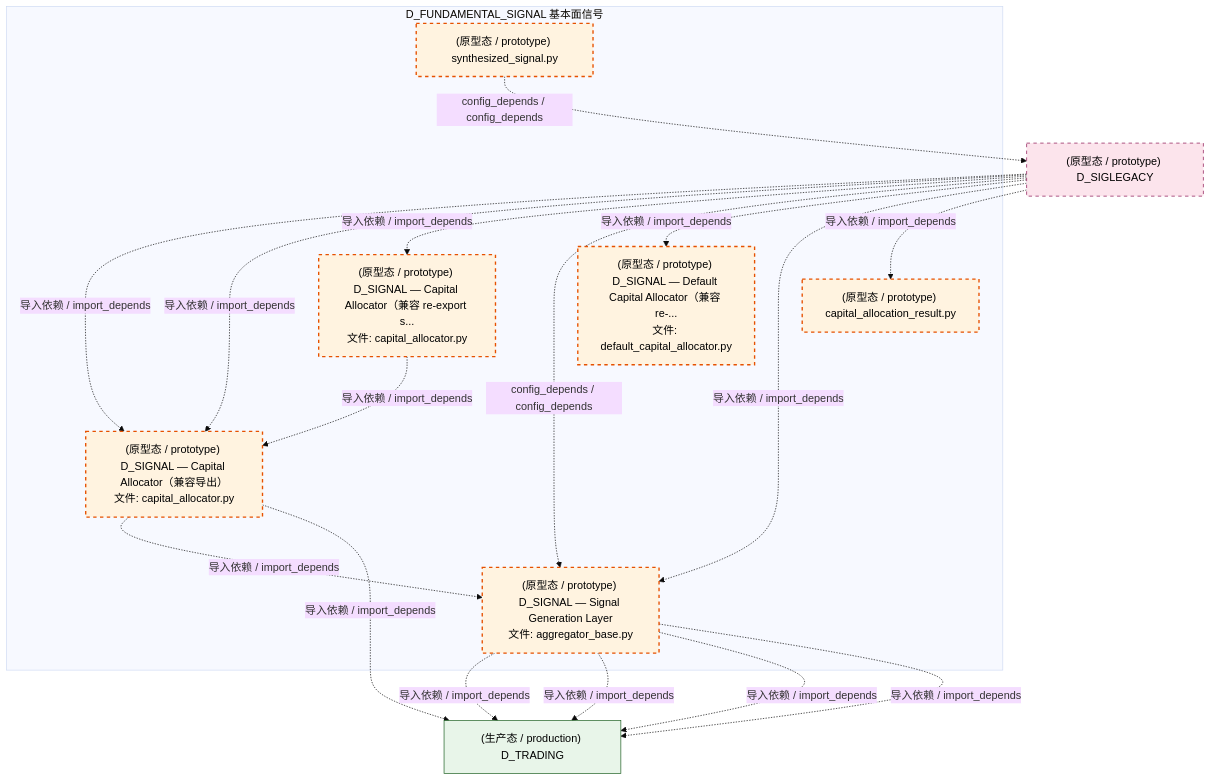
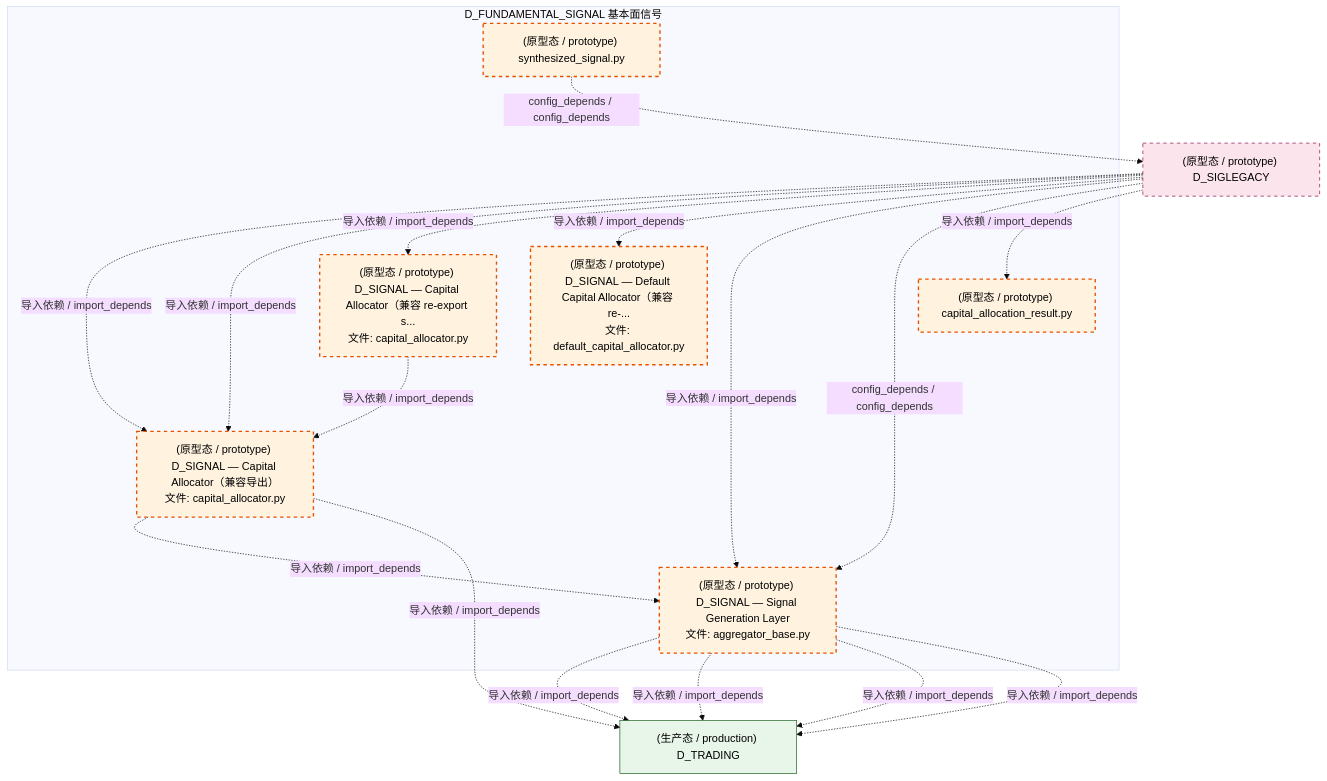
The third of 4 diagrams in docs/02_enterprise_architecture/02_domain_architecture_docs/37_d_fundamental_signal.md (xuanFelixVan/ZephyrAlpha), drawn with Mermaid (base theme) before and after one commit. The commit also changed other lines of this file and 126 other files, not shown here.

````diff
--- a/docs/02_enterprise_architecture/02_domain_architecture_docs/37_d_fundamental_signal.md
+++ b/docs/02_enterprise_architecture/02_domain_architecture_docs/37_d_fundamental_signal.md
@@ -177,35 +177,35 @@
 ```mermaid
 graph TD
     subgraph D_FUNDAMENTAL_SIGNAL["D_FUNDAMENTAL_SIGNAL 基本面信号"]
         src_zephyr_signal_fundamental_capital_capital_allocation_result_py["(原型态 / prototype) capital_allocation_result.py"]
         src_zephyr_signal_fundamental_capital_capital_allocator_py["(原型态 / prototype) D_SIGNAL — Capital Allocator（兼容 re-export s...<br/>文件: capital_allocator.py"]
         src_zephyr_signal_fundamental_capital_default_capital_allocator_py["(原型态 / prototype) D_SIGNAL — Default Capital Allocator（兼容 re-...<br/>文件: default_capital_allocator.py"]
         src_zephyr_signal_fundamental_combiner_synthesized_signal_py["(原型态 / prototype) synthesized_signal.py"]
         src_zephyr_signal_fundamental_gen_aggregator_base_py["(原型态 / prototype) D_SIGNAL — Signal Generation Layer<br/>文件: aggregator_base.py"]
         src_zephyr_signal_fundamental_strategy_capital_allocator_py["(原型态 / prototype) D_SIGNAL — Capital Allocator（兼容导出）<br/>文件: capital_allocator.py"]
     end
     src_zephyr_signal_fundamental_capital_capital_allocator_py -.->|导入依赖 / import_depends| src_zephyr_signal_fundamental_strategy_capital_allocator_py
     src_zephyr_signal_fundamental_strategy_capital_allocator_py -.->|导入依赖 / import_depends| src_zephyr_signal_fundamental_gen_aggregator_base_py
+    D_TRADING["(生产态 / production) D_TRADING"]
+    src_zephyr_signal_fundamental_gen_aggregator_base_py -.->|导入依赖 / import_depends| D_TRADING
     D_SIGLEGACY["(原型态 / prototype) D_SIGLEGACY"]
     src_zephyr_signal_fundamental_combiner_synthesized_signal_py -.->|config_depends / config_depends| D_SIGLEGACY
-    D_TRADING["(生产态 / production) D_TRADING"]
-    src_zephyr_signal_fundamental_gen_aggregator_base_py -.->|导入依赖 / import_depends| D_TRADING
     src_zephyr_signal_fundamental_gen_aggregator_base_py -.->|导入依赖 / import_depends| D_TRADING
     src_zephyr_signal_fundamental_gen_aggregator_base_py -.->|导入依赖 / import_depends| D_TRADING
     src_zephyr_signal_fundamental_strategy_capital_allocator_py -.->|导入依赖 / import_depends| D_TRADING
     src_zephyr_signal_fundamental_gen_aggregator_base_py -.->|导入依赖 / import_depends| D_TRADING
     D_SIGLEGACY -.->|导入依赖 / import_depends| src_zephyr_signal_fundamental_strategy_capital_allocator_py
     D_SIGLEGACY -.->|导入依赖 / import_depends| src_zephyr_signal_fundamental_strategy_capital_allocator_py
     D_SIGLEGACY -.->|导入依赖 / import_depends| src_zephyr_signal_fundamental_capital_capital_allocator_py
-    D_SIGLEGACY -.->|config_depends / config_depends| src_zephyr_signal_fundamental_gen_aggregator_base_py
     D_SIGLEGACY -.->|导入依赖 / import_depends| src_zephyr_signal_fundamental_capital_default_capital_allocator_py
     D_SIGLEGACY -.->|导入依赖 / import_depends| src_zephyr_signal_fundamental_gen_aggregator_base_py
+    D_SIGLEGACY -.->|config_depends / config_depends| src_zephyr_signal_fundamental_gen_aggregator_base_py
     D_SIGLEGACY -.->|导入依赖 / import_depends| src_zephyr_signal_fundamental_capital_capital_allocation_result_py
     classDef production fill:#e1f5fe,stroke:#01579b,stroke-width:2px,color:#000
     classDef design fill:#fff3e0,stroke:#e65100,stroke-width:2px,color:#000,stroke-dasharray: 5 5
     classDef external_prod fill:#e8f5e9,stroke:#1b5e20,stroke-width:1px,color:#000
     classDef external_design fill:#fce4ec,stroke:#880e4f,stroke-width:1px,color:#000,stroke-dasharray: 5 5
     class src_zephyr_signal_fundamental_capital_capital_allocation_result_py,src_zephyr_signal_fundamental_capital_capital_allocator_py,src_zephyr_signal_fundamental_capital_default_capital_allocator_py,src_zephyr_signal_fundamental_combiner_synthesized_signal_py,src_zephyr_signal_fundamental_gen_aggregator_base_py,src_zephyr_signal_fundamental_strategy_capital_allocator_py design
     class D_TRADING external_prod
     class D_SIGLEGACY external_design
 ```
````
